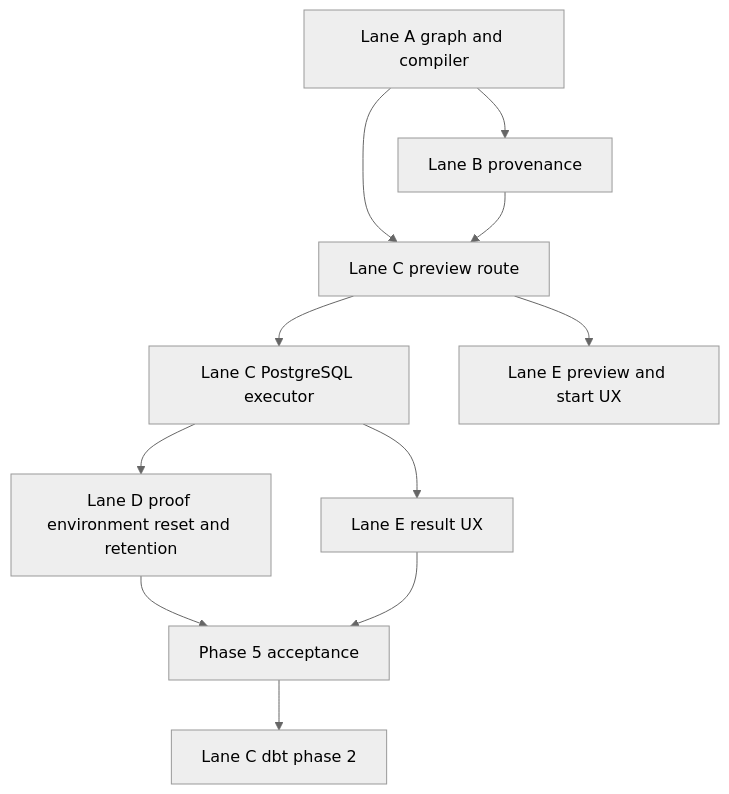
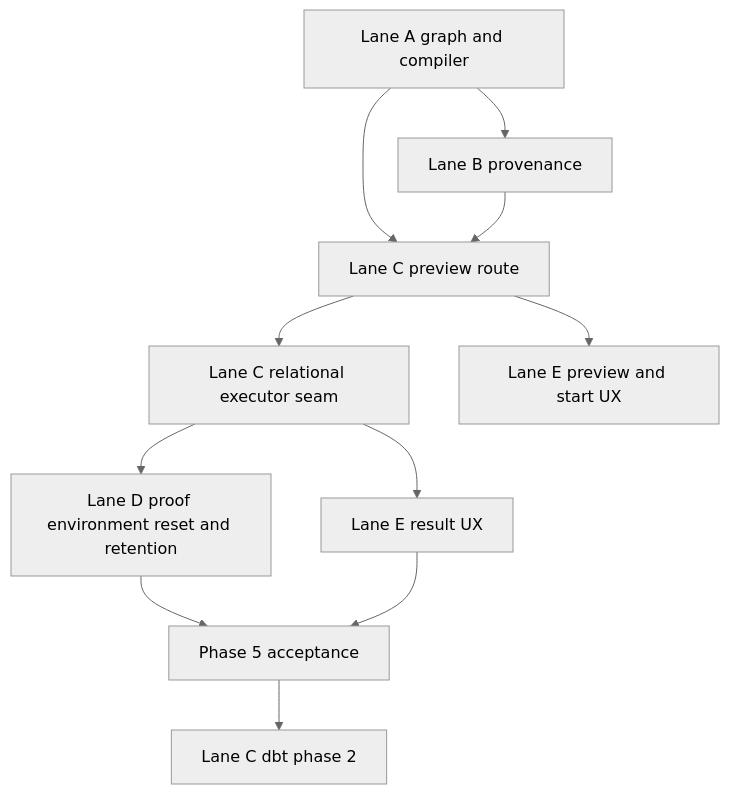
One commit to dunay2/dvt changed the second of 2 diagrams in docs/planning/proposals/mandatory/runtime-and-contracts/transformation-flow-delivery-plan-20260405.md. Above: the diagram before and after it, drawn with Mermaid (neutral theme). The commit also changed other lines of this file and 5 other files, not shown here.

````diff
--- a/docs/planning/proposals/mandatory/runtime-and-contracts/transformation-flow-delivery-plan-20260405.md
+++ b/docs/planning/proposals/mandatory/runtime-and-contracts/transformation-flow-delivery-plan-20260405.md
@@ -53,13 +53,13 @@
 ```mermaid
 flowchart TD
   A1[Lane A graph and compiler] --> B1[Lane B provenance]
   A1 --> C1[Lane C preview route]
   B1 --> C1
-  C1 --> C2[Lane C PostgreSQL executor]
+  C1 --> C2[Lane C relational executor seam]
   C2 --> D1[Lane D proof environment reset and retention]
   C1 --> E1[Lane E preview and start UX]
   C2 --> E2[Lane E result UX]
   D1 --> P5[Phase 5 acceptance]
   E2 --> P5
   P5 --> C3[Lane C dbt phase 2]
 ```
````
